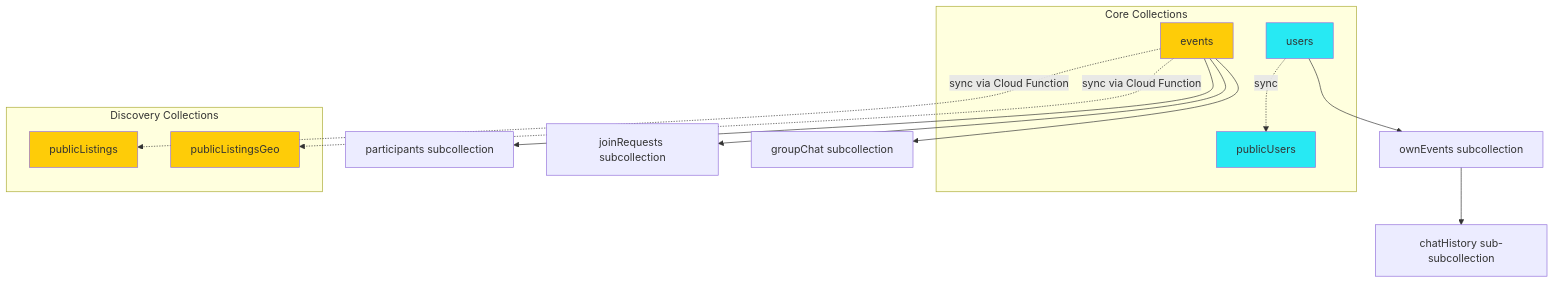
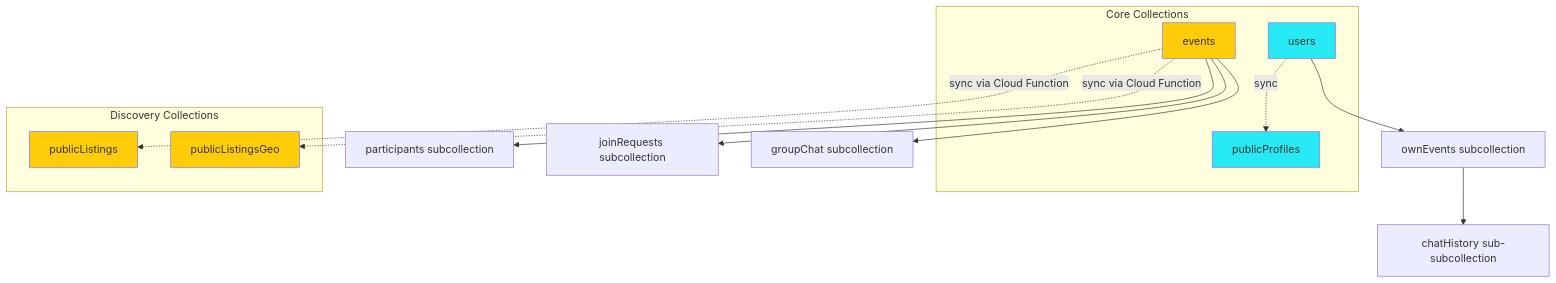
Before and after one commit to thaenor/pair-up-events: the diagram in Docs/data-model.md, drawn with Mermaid. The commit also changed other lines of this file and 132 other files, not shown here.

````diff
--- a/Docs/data-model.md
+++ b/Docs/data-model.md
@@ -35,30 +35,30 @@
 ```mermaid
 graph TB
     subgraph "Core Collections"
         U[users]
-        PU[publicUsers]
+        PU[publicProfiles]
         E[events]
     end
 
     subgraph "Discovery Collections"
         PL[publicListings]
         PLG[publicListingsGeo]
     end
 
     U --> OE[ownEvents subcollection]
     OE --> CH[chatHistory sub-subcollection]
 
     E --> P[participants subcollection]
     E --> JR[joinRequests subcollection]
     E --> GC[groupChat subcollection]
 
     E -.sync via Cloud Function.-> PL
     E -.sync via Cloud Function.-> PLG
     U -.sync.-> PU
 
     style U fill:#27E9F3
     style E fill:#FECC08
     style PU fill:#27E9F3
     style PL fill:#FECC08
     style PLG fill:#FECC08
 ```
````
